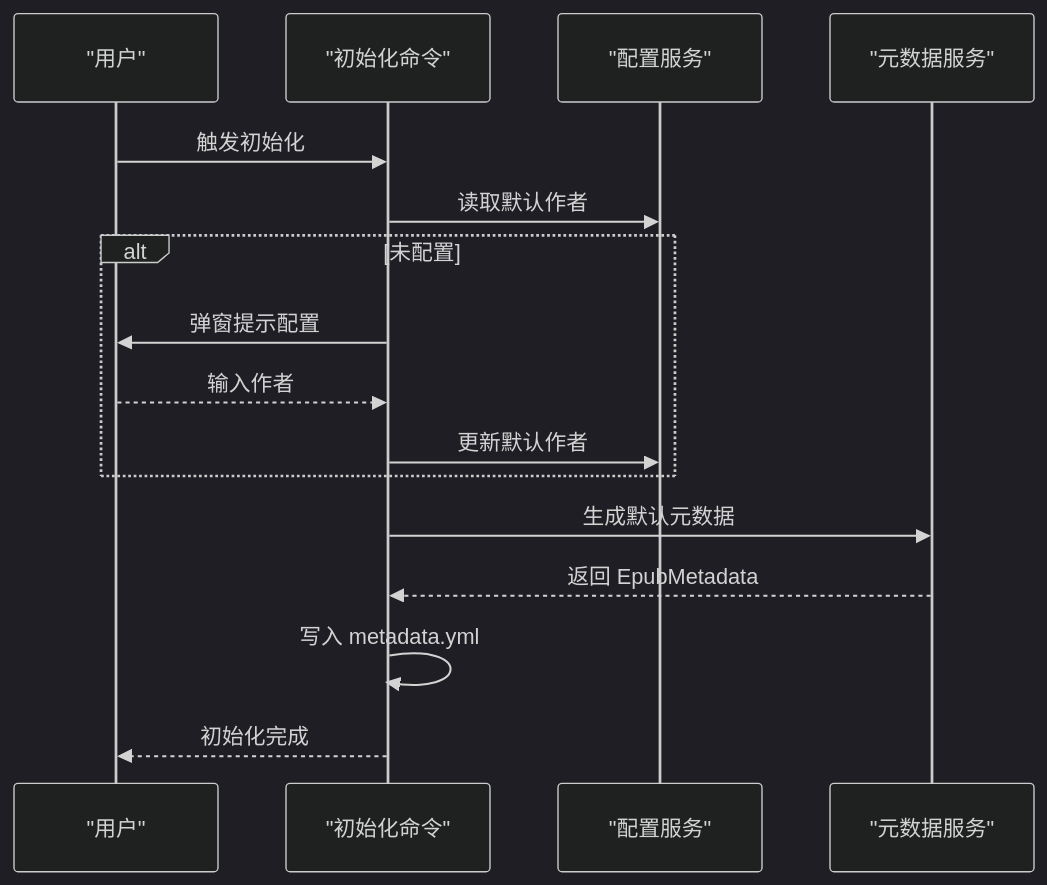
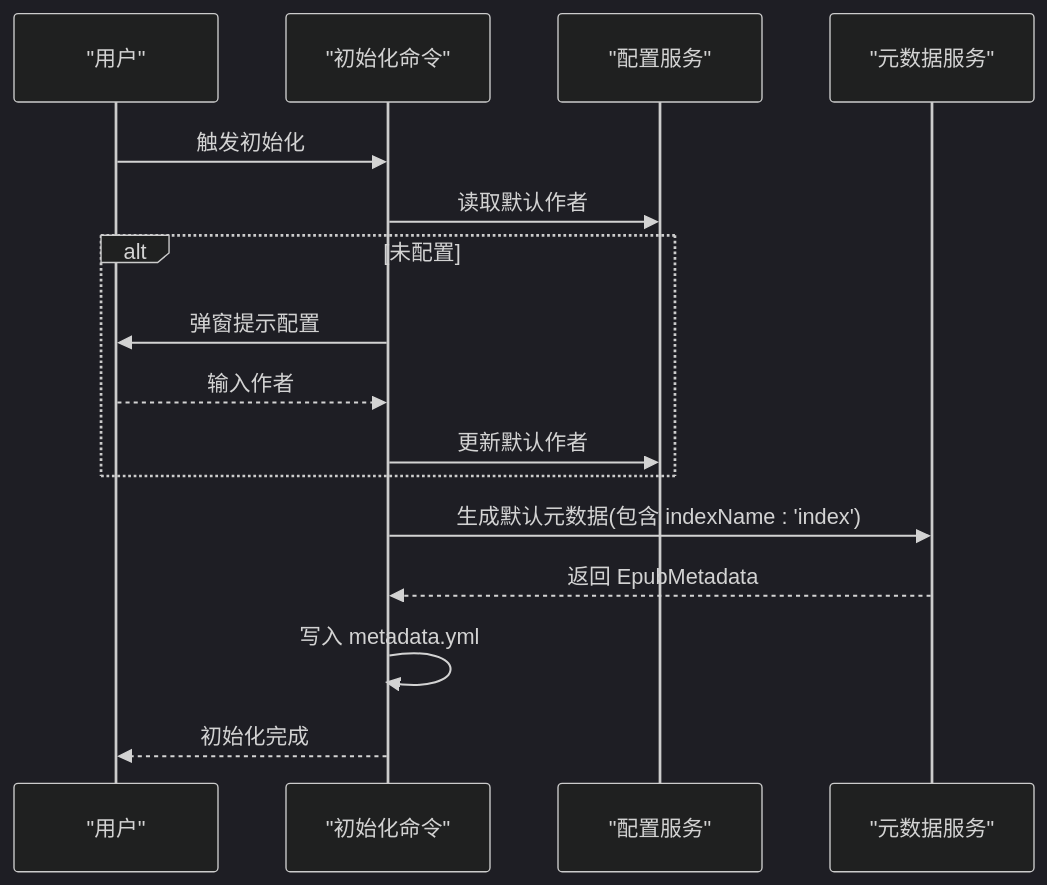
Before and after one commit to someok/vscode-folder2epub: the sixth of 10 diagrams in .qoder/repowiki/zh/content/技术架构详解/EPUB 构建系统/元数据管理系统.md, drawn with Mermaid (dark theme). The commit also changed other lines of this file and 4 other files, not shown here.

````diff
--- a/.qoder/repowiki/zh/content/技术架构详解/EPUB 构建系统/元数据管理系统.md
+++ b/.qoder/repowiki/zh/content/技术架构详解/EPUB 构建系统/元数据管理系统.md
@@ -268,18 +301,18 @@
 ```mermaid
 sequenceDiagram
 participant U as "用户"
 participant INIT as "初始化命令"
 participant CFG as "配置服务"
 participant META as "元数据服务"
 U->>INIT : 触发初始化
 INIT->>CFG : 读取默认作者
 alt 未配置
 INIT->>U : 弹窗提示配置
 U-->>INIT : 输入作者
 INIT->>CFG : 更新默认作者
 end
-INIT->>META : 生成默认元数据
+INIT->>META : 生成默认元数据(包含 indexName : 'index')
 META-->>INIT : 返回 EpubMetadata
 INIT->>INIT : 写入 metadata.yml
 INIT-->>U : 初始化完成
 ```
````
